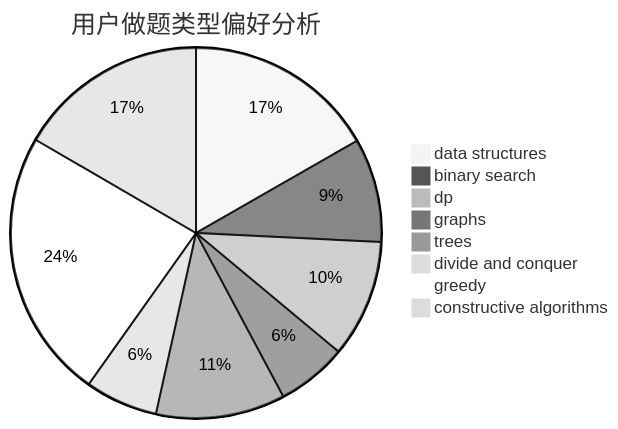
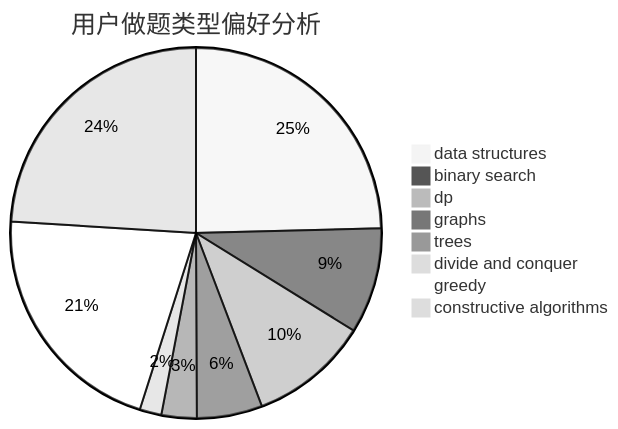
One commit to sherpahu/cfrs.github.io changed the second of 3 diagrams in docs/user/u595.md. Above: the diagram before and after it, drawn with Mermaid (neutral theme). The commit also changed other lines of this file and 2770 other files, not shown here.

````diff
--- a/docs/user/u595.md
+++ b/docs/user/u595.md
@@ -23,11 +23,11 @@
 ```mermaid
 pie title 用户做题类型偏好分析
-    "data structures" :  166
-    "binary search" :  90
-    "dp" :  102
-    "graphs" :  61
-    "trees" :  112
-    "divide and conquer" :  63
-    "greedy" :  234
-    "constructive algorithms" :  165
+    "data structures" :  168
+    "binary search" :  63
+    "dp" :  71
+    "graphs" :  39
+    "trees" :  21
+    "divide and conquer" :  13
+    "greedy" :  144
+    "constructive algorithms" :  164
 ```
````
